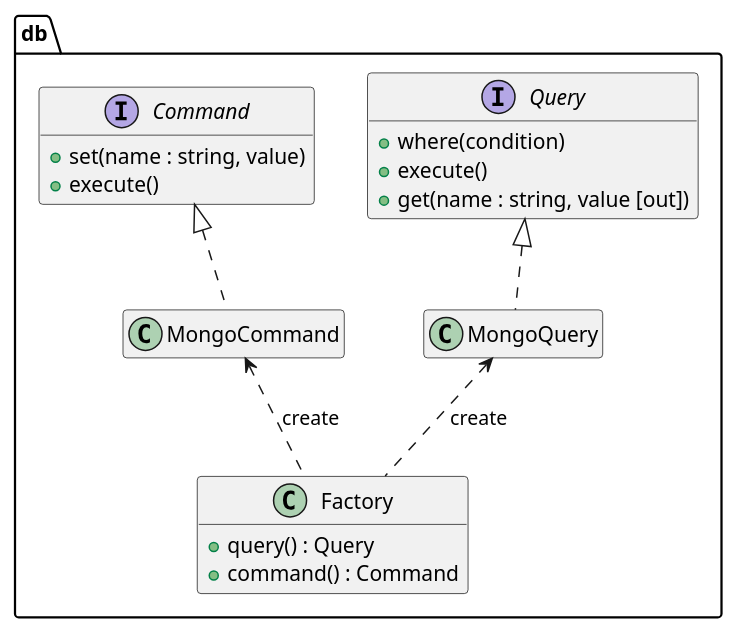
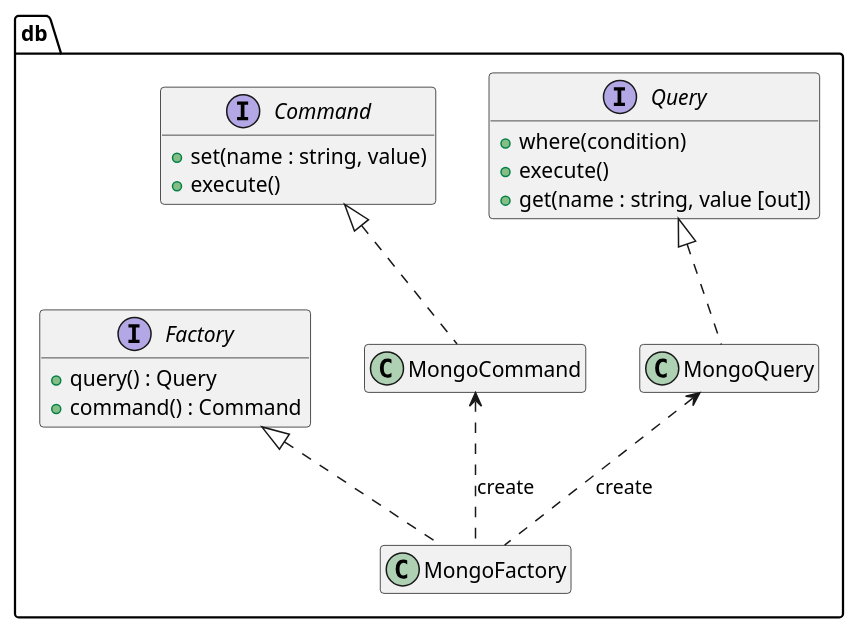
The diagram in uml/db-wrapper-class.puml (bonewell/moneybox), drawn with PlantUML before and after one commit. The commit also changed 7 other files, not shown here.

```diff
--- a/uml/db-wrapper-class.puml
+++ b/uml/db-wrapper-class.puml
@@ -1,25 +1,28 @@
 @startuml
 hide empty members
 namespace db {
     interface Query {
         + where(condition)
         + execute()
         + get(name : string, value [out])
     }
     interface Command {
         + set(name : string, value)
         + execute()
     }
-    class MongoQuery
-    class MongoCommand
-    class Factory {
+    interface Factory {
         + query() : Query
         + command() : Command
     }
+    class MongoCommand
+    class MongoQuery
+    class MongoFactory
+
 
     Query <|.. MongoQuery
     Command <|.. MongoCommand
-    MongoCommand <.. Factory : create
-    MongoQuery <.. Factory : create
+    Factory <|.. MongoFactory
+    MongoCommand <.. MongoFactory : create
+    MongoQuery <.. MongoFactory : create
 }
 @enduml
```
